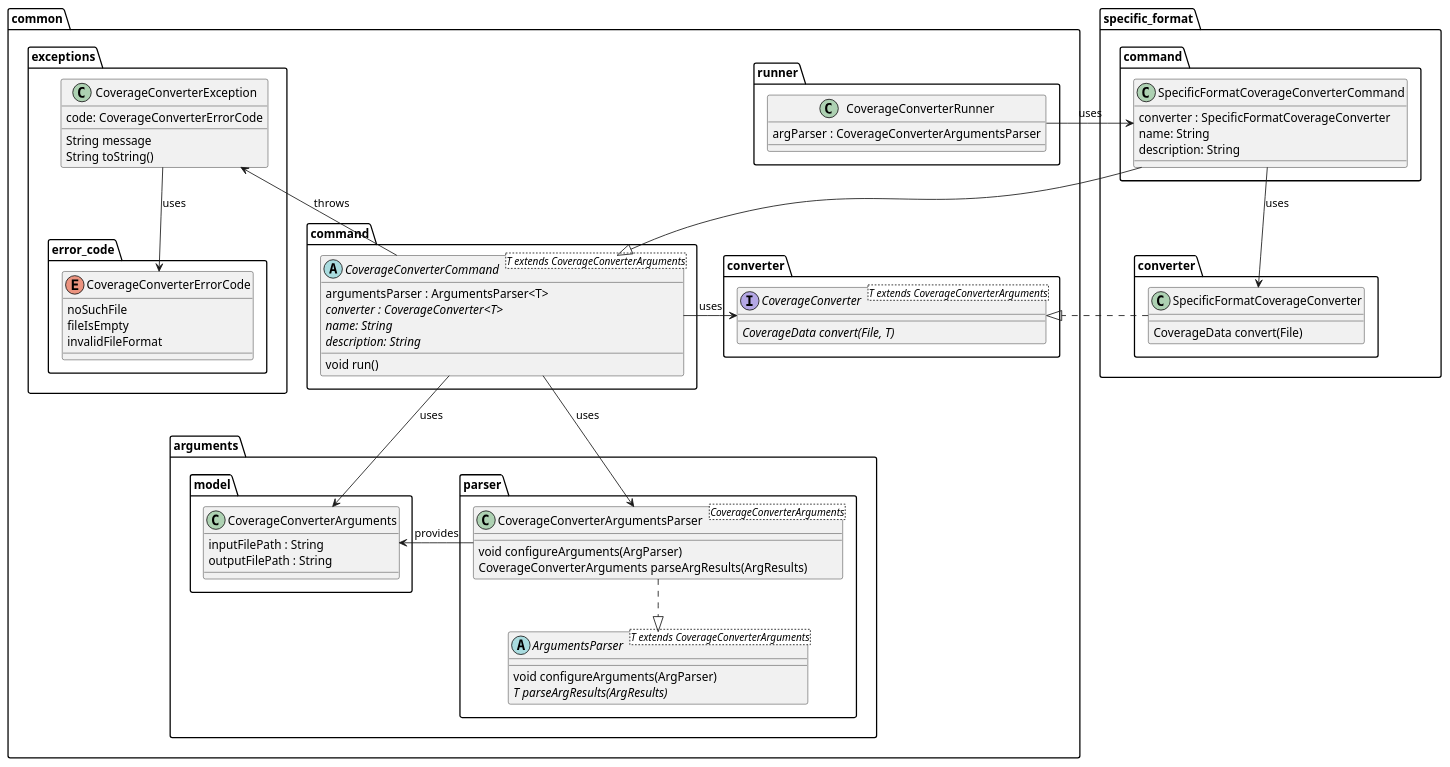
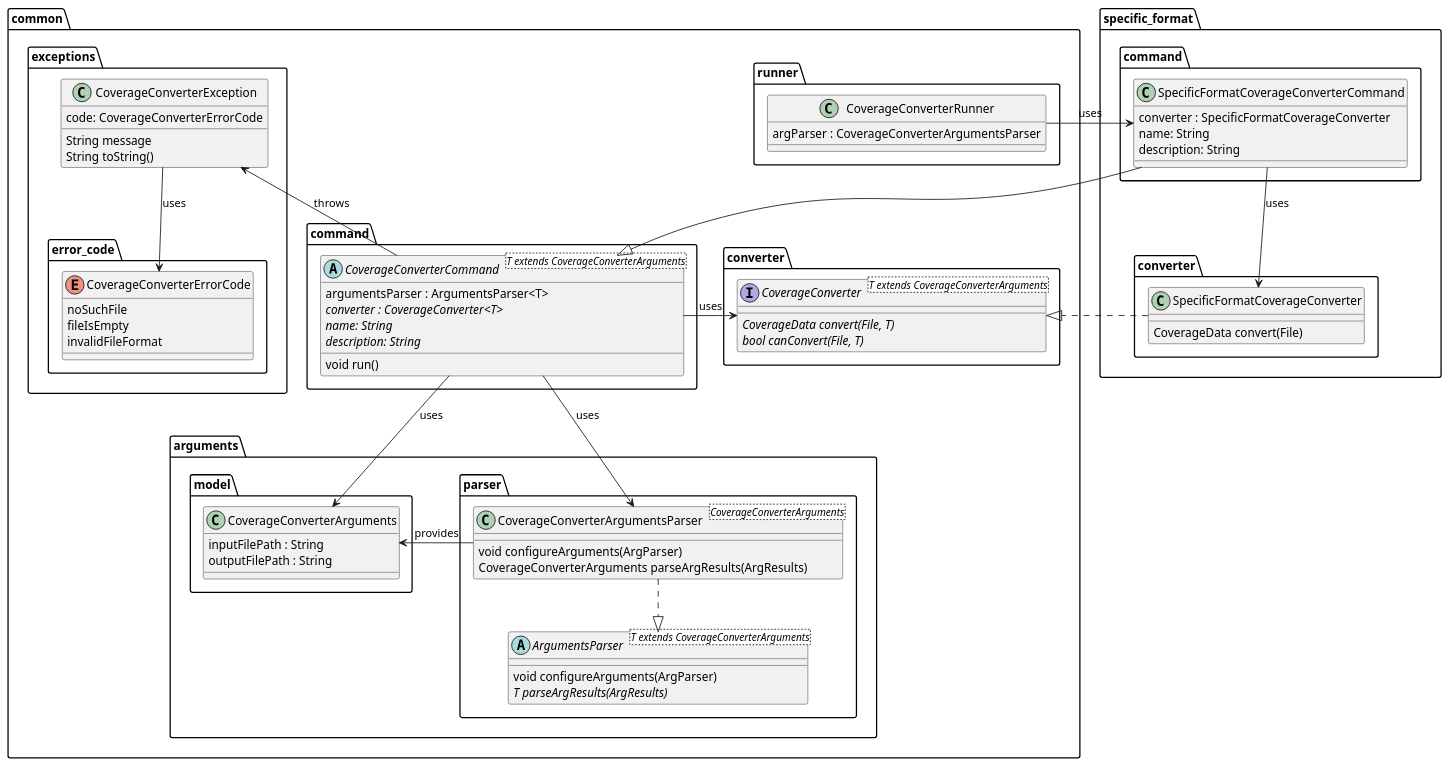
The diagram in metrics/coverage_converter/docs/diagrams/coverage_class_diagram.puml (Flank/flank-dashboard), drawn with PlantUML before and after one commit. The commit also changed 1 other file, not shown here.

Commit message:
Minor diagrams improvement

```diff
--- a/metrics/coverage_converter/docs/diagrams/coverage_class_diagram.puml
+++ b/metrics/coverage_converter/docs/diagrams/coverage_class_diagram.puml
@@ -1,104 +1,105 @@
 @startuml coverage_class_diagram
 
 package common {
     package arguments {
         package model {
             class CoverageConverterArguments {
                 inputFilePath : String
                 outputFilePath : String
             }
         }
 
         package parser {
             class CoverageConverterArgumentsParser<CoverageConverterArguments> {
                 void configureArguments(ArgParser)
                 CoverageConverterArguments parseArgResults(ArgResults)
             }
             
             abstract ArgumentsParser<T extends CoverageConverterArguments> {
                 void configureArguments(ArgParser)
                 {abstract} T parseArgResults(ArgResults)
             }
         }
     }
 
 
     package command {
         abstract CoverageConverterCommand<T extends CoverageConverterArguments> {
             argumentsParser : ArgumentsParser<T>
             {abstract} converter : CoverageConverter<T>
             {abstract} name: String
             {abstract} description: String
             void run()
         }
     }
 
     package converter {
         interface CoverageConverter<T extends CoverageConverterArguments> {
             {abstract} CoverageData convert(File, T)
+            {abstract} bool canConvert(File, T)
         }
     }
 
 
     package runner {
         class CoverageConverterRunner {
             argParser : CoverageConverterArgumentsParser
         }
     }
 
     package exceptions {
         class CoverageConverterException{
             code: CoverageConverterErrorCode
             {method} String message
             String toString()
         }
 
 
         package error_code {
             enum CoverageConverterErrorCode {
                 noSuchFile
                 fileIsEmpty
                 invalidFileFormat
             }
         }
     }
 }
 
 package specific_format {
     package converter as specific_format.converter {
         class SpecificFormatCoverageConverter {
             CoverageData convert(File)
         }
     }
 
     package command as specific_format.command {
         class SpecificFormatCoverageConverterCommand {
             converter : SpecificFormatCoverageConverter
             name: String
             description: String
         }
     }
 }
 
 
 CoverageConverterRunner -right-> SpecificFormatCoverageConverterCommand : uses
 
 CoverageConverterArgumentsParser -left-> CoverageConverterArguments : provides
 CoverageConverterArgumentsParser ..|> ArgumentsParser
 
 
 SpecificFormatCoverageConverterCommand --> SpecificFormatCoverageConverter : uses
 SpecificFormatCoverageConverterCommand --|> CoverageConverterCommand
 
 SpecificFormatCoverageConverter .down.|> CoverageConverter
 
 CoverageConverterCommand --> CoverageConverterArguments : uses
 CoverageConverterCommand -left-> CoverageConverter : uses
 CoverageConverterCommand -up-> CoverageConverterException : throws
 CoverageConverterCommand --> CoverageConverterArgumentsParser : uses
 
 CoverageConverterException --> CoverageConverterErrorCode : uses
 
 
 
 @enduml
```
